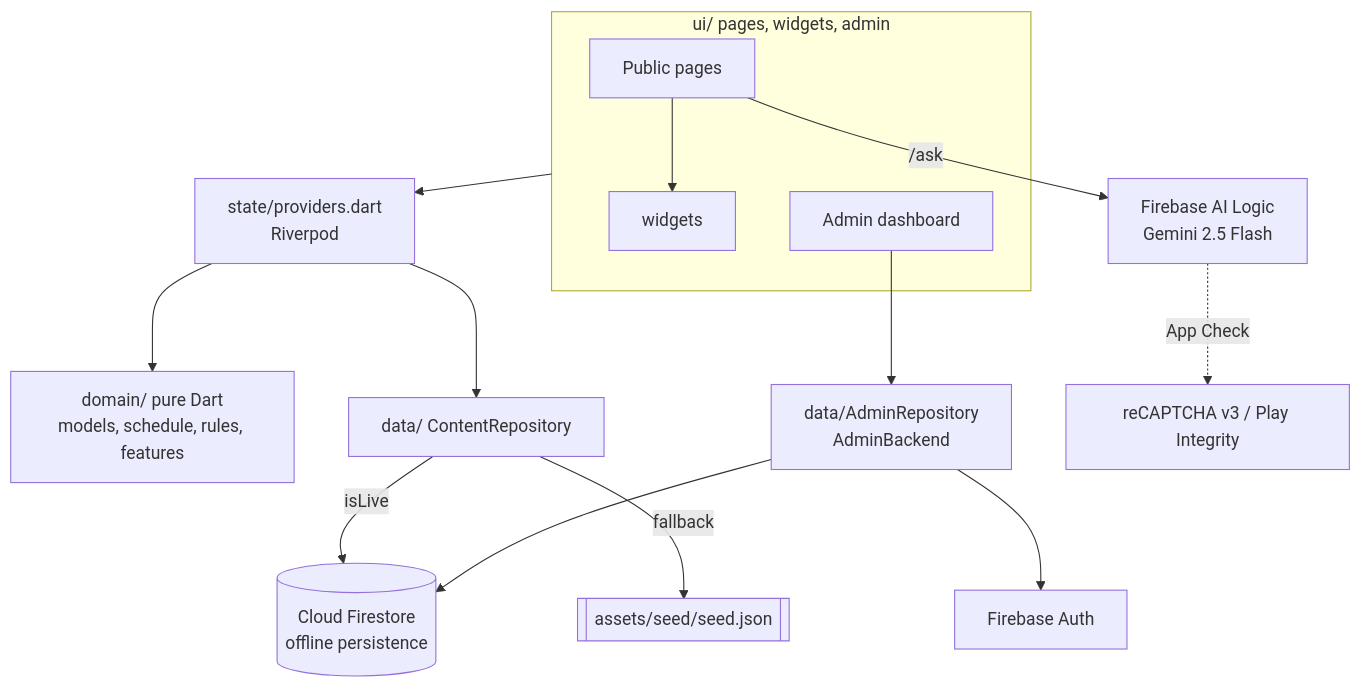
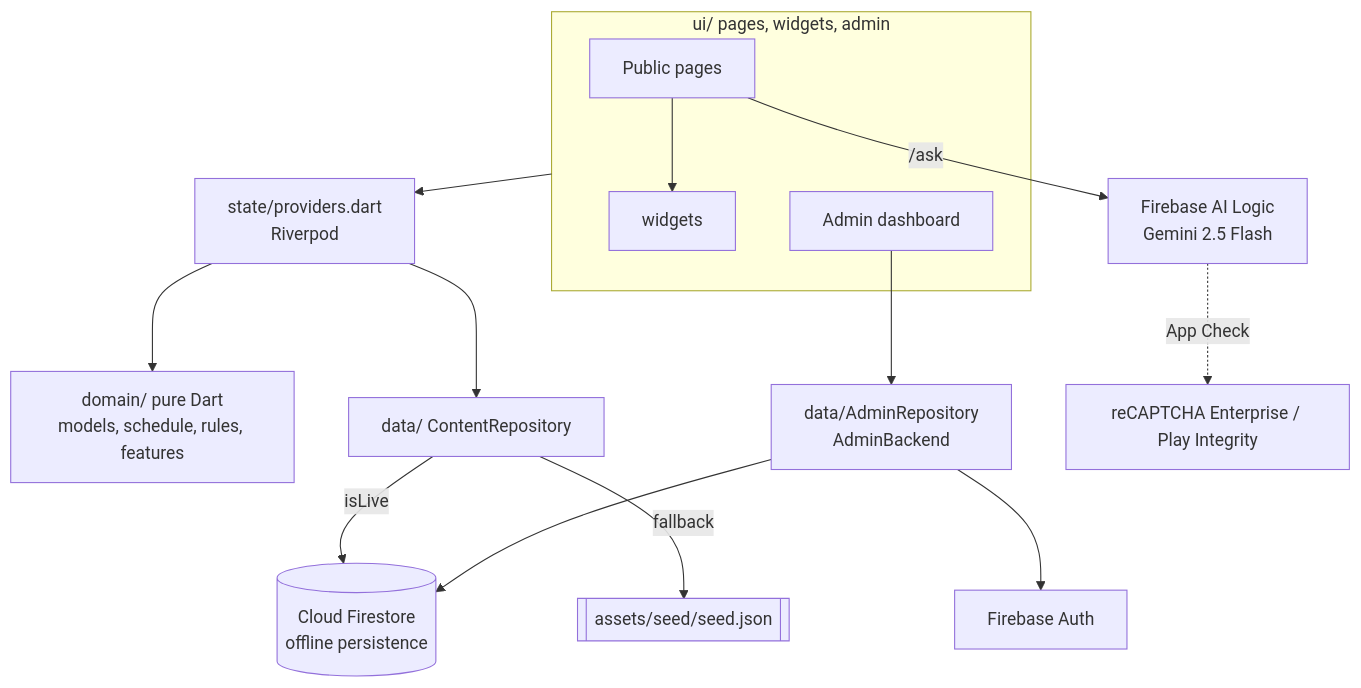
The first of 2 diagrams in docs/memory-bank/03-architecture.md (Kerollosmm/church-portal), drawn with Mermaid before and after one commit. The commit also changed other lines of this file and 34 other files, not shown here.

Commit message:
PR #19: assistant on web + Android (reCAPTCHA Enterprise / Play Integrity App Check, gemini-3.1-flash-lite, church-only scope, admin settings), stable contact category ids

````diff
--- a/docs/memory-bank/03-architecture.md
+++ b/docs/memory-bank/03-architecture.md
@@ -81,17 +86,17 @@
 ```mermaid
 flowchart TD
   subgraph UI[ui/ pages, widgets, admin]
     P[Public pages] --> W[widgets]
     A[Admin dashboard]
   end
   UI --> S[state/providers.dart<br/>Riverpod]
   S --> D[domain/ pure Dart<br/>models, schedule, rules, features]
   S --> R[data/ ContentRepository]
   A --> AR[data/AdminRepository<br/>AdminBackend]
   R -->|isLive| FS[(Cloud Firestore<br/>offline persistence)]
   R -->|fallback| SEED[[assets/seed/seed.json]]
   AR --> FS
   AR --> AUTH[Firebase Auth]
   P -->|/ask| AI[Firebase AI Logic<br/>Gemini 2.5 Flash]
-  AI -.App Check.-> AC[reCAPTCHA v3 / Play Integrity]
+  AI -.App Check.-> AC[reCAPTCHA Enterprise / Play Integrity]
 ```
````
